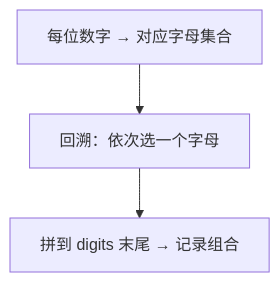
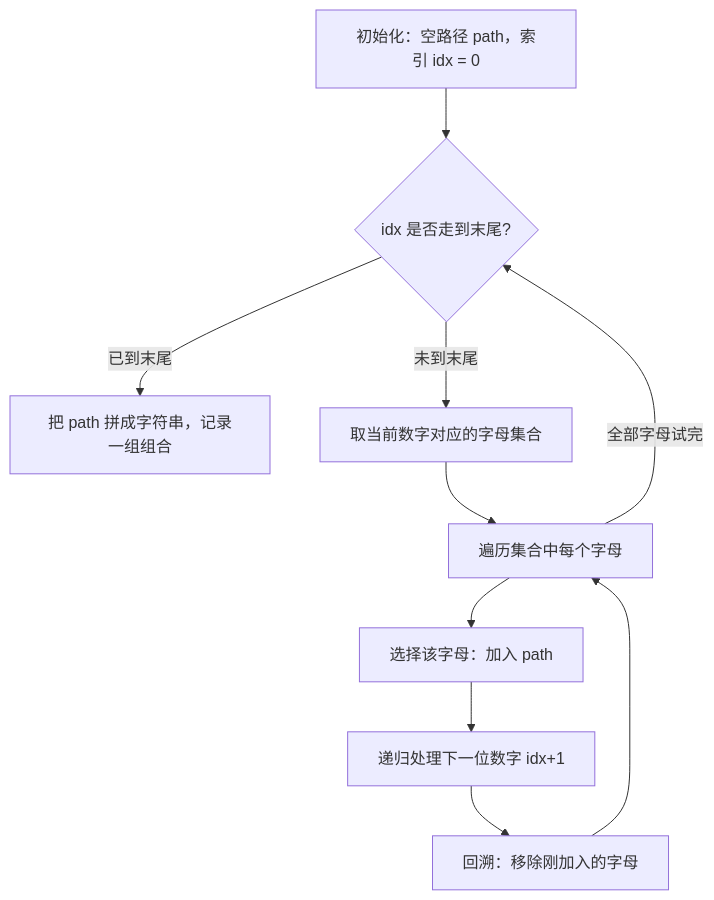
One commit to OctalZero/hot100-py changed the first of 2 diagrams in 11-回溯/0017-电话号码的字母组合.md. Above: the diagram before and after it, drawn with Mermaid. The commit also changed other lines of this file and 117 other files, not shown here.

First line of the commit message:
feat: 全题解配图升级为「动画式 mermaid」（总览骨架 + 横向时间线逐步推演）

````diff
--- a/11-回溯/0017-电话号码的字母组合.md
+++ b/11-回溯/0017-电话号码的字母组合.md
@@ -20,5 +20,12 @@
 ```mermaid
 flowchart TD
-    A["每位数字 → 对应字母集合"] --> B["回溯：依次选一个字母"]
-    B --> C["拼到 digits 末尾 → 记录组合"]
+    A["初始化：空路径 path，索引 idx = 0"] --> B{"idx 是否走到末尾?"}
+    B -->|"已到末尾"| G["把 path 拼成字符串，记录一组组合"]
+    B -->|"未到末尾"| C["取当前数字对应的字母集合"]
+    C --> D["遍历集合中每个字母"]
+    D --> E["选择该字母：加入 path"]
+    E --> F["递归处理下一位数字 idx+1"]
+    F --> H["回溯：移除刚加入的字母"]
+    H --> D
+    D -->|"全部字母试完"| B
 ```
````
